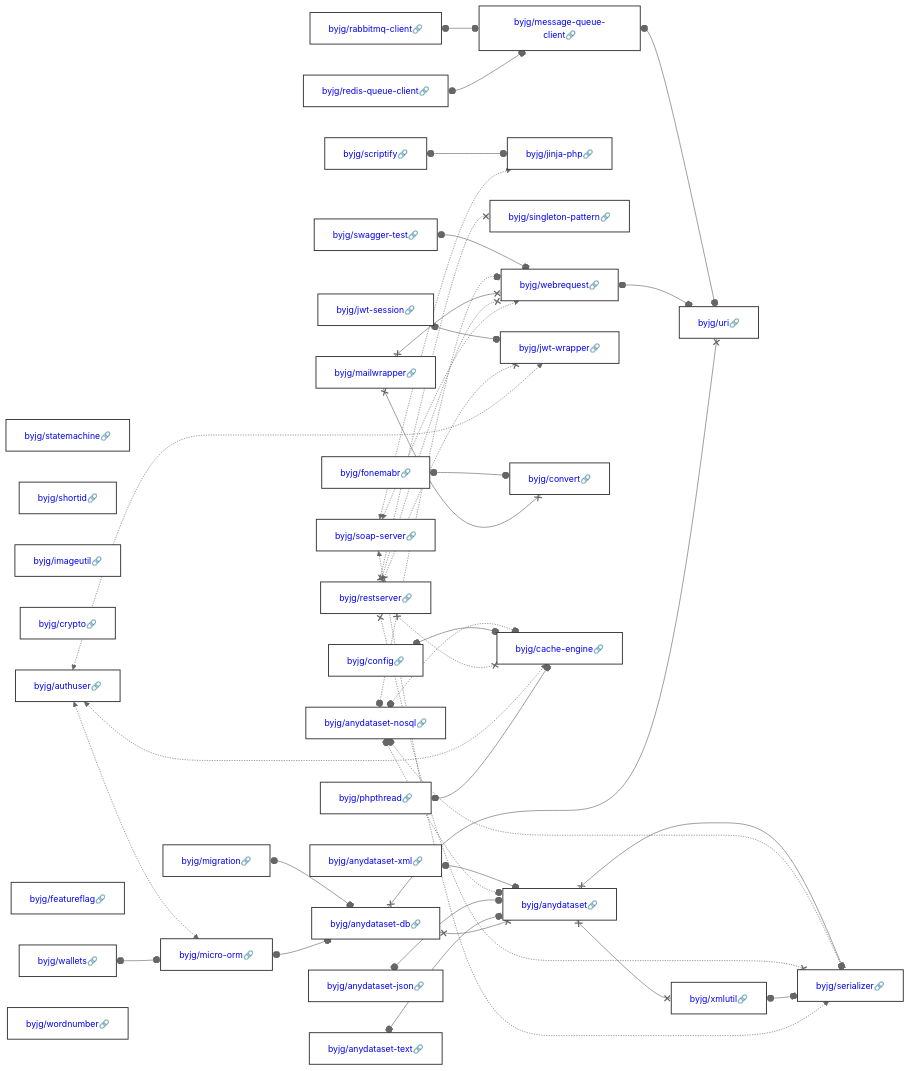
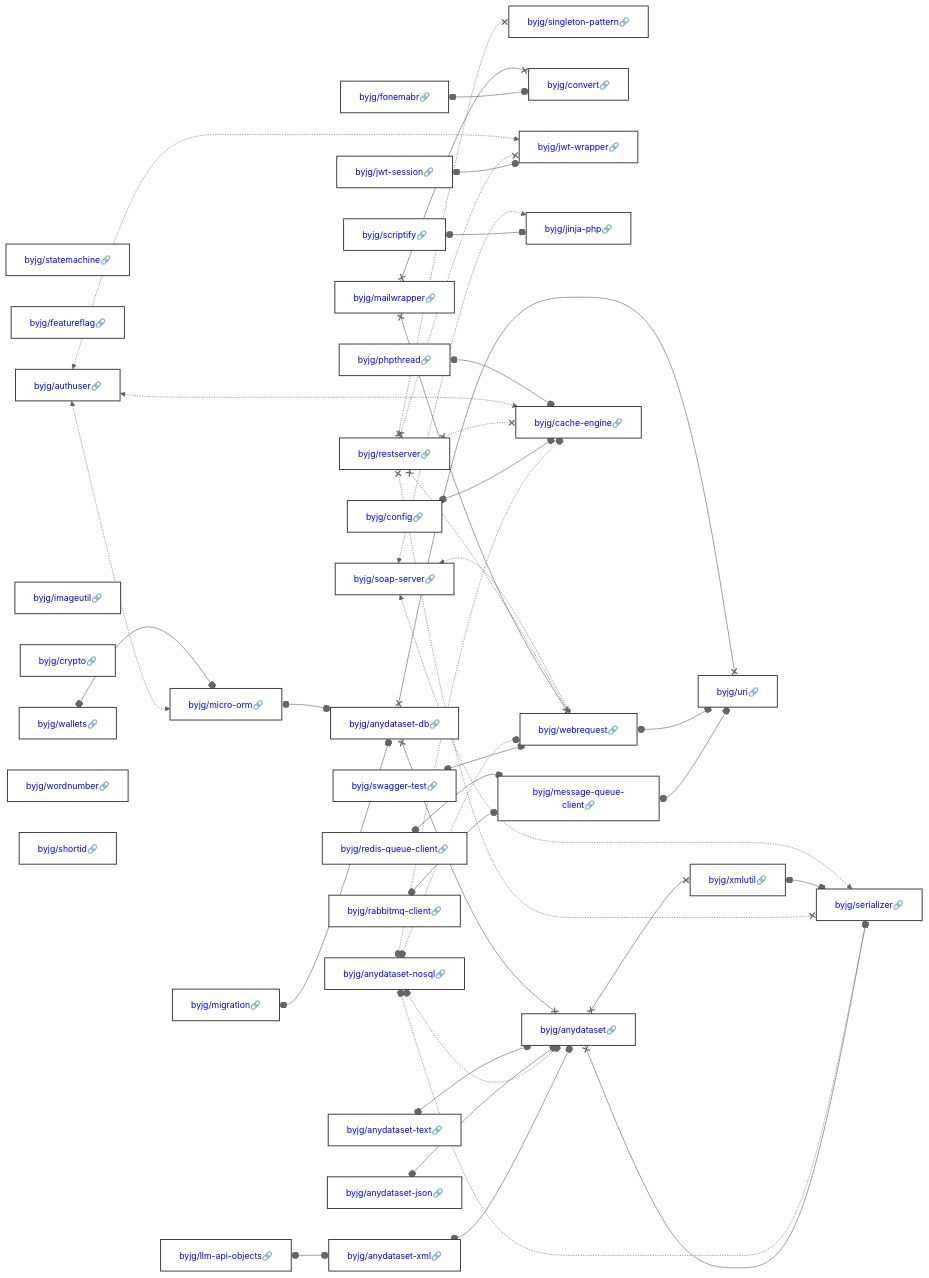
The diagram in docs/php/README.md (byjg/byjg.github.io), drawn with Mermaid (neutral theme) before and after one commit. The commit also changed 7 other files, not shown here.

Commit message:
Update documentation 'php' 'php-llm-api-objects'

````diff
--- a/docs/php/README.md
+++ b/docs/php/README.md
@@ -3,37 +3,38 @@
 ```mermaid
 graph LR;
-  byjg/redis-queue-client[<a href='https://opensource.byjg.com/docs/php/redis-queue-client' style='text-decoration:none'>byjg/redis-queue-client🔗</a>];
   byjg/statemachine[<a href='https://opensource.byjg.com/docs/php/statemachine' style='text-decoration:none'>byjg/statemachine🔗</a>];
+  byjg/migration[<a href='https://opensource.byjg.com/docs/php/migration' style='text-decoration:none'>byjg/migration🔗</a>];
+  byjg/featureflag[<a href='https://opensource.byjg.com/docs/php/featureflag' style='text-decoration:none'>byjg/featureflag🔗</a>];
+  byjg/phpthread[<a href='https://opensource.byjg.com/docs/php/phpthread' style='text-decoration:none'>byjg/phpthread🔗</a>];
+  byjg/scriptify[<a href='https://opensource.byjg.com/docs/php/scriptify' style='text-decoration:none'>byjg/scriptify🔗</a>];
+  byjg/anydataset-nosql[<a href='https://opensource.byjg.com/docs/php/anydataset-nosql' style='text-decoration:none'>byjg/anydataset-nosql🔗</a>];
+  byjg/jwt-session[<a href='https://opensource.byjg.com/docs/php/jwt-session' style='text-decoration:none'>byjg/jwt-session🔗</a>];
+  byjg/rabbitmq-client[<a href='https://opensource.byjg.com/docs/php/rabbitmq-client' style='text-decoration:none'>byjg/rabbitmq-client🔗</a>];
+  byjg/fonemabr[<a href='https://opensource.byjg.com/docs/php/fonemabr' style='text-decoration:none'>byjg/fonemabr🔗</a>];
+  byjg/anydataset-text[<a href='https://opensource.byjg.com/docs/php/anydataset-text' style='text-decoration:none'>byjg/anydataset-text🔗</a>];
+  byjg/wallets[<a href='https://opensource.byjg.com/docs/php/wallets' style='text-decoration:none'>byjg/wallets🔗</a>];
+  byjg/restserver[<a href='https://opensource.byjg.com/docs/php/restserver' style='text-decoration:none'>byjg/restserver🔗</a>];
+  byjg/imageutil[<a href='https://opensource.byjg.com/docs/php/imageutil' style='text-decoration:none'>byjg/imageutil🔗</a>];
+  byjg/mailwrapper[<a href='https://opensource.byjg.com/docs/php/mailwrapper' style='text-decoration:none'>byjg/mailwrapper🔗</a>];
+  byjg/crypto[<a href='https://opensource.byjg.com/docs/php/crypto' style='text-decoration:none'>byjg/crypto🔗</a>];
+  byjg/authuser[<a href='https://opensource.byjg.com/docs/php/authuser' style='text-decoration:none'>byjg/authuser🔗</a>];
+  byjg/wordnumber[<a href='https://opensource.byjg.com/docs/php/wordnumber' style='text-decoration:none'>byjg/wordnumber🔗</a>];
   byjg/shortid[<a href='https://opensource.byjg.com/docs/php/shortid' style='text-decoration:none'>byjg/shortid🔗</a>];
+  byjg/llm-api-objects[<a href='https://opensource.byjg.com/docs/php/llm-api-objects' style='text-decoration:none'>byjg/llm-api-objects🔗</a>];
   byjg/anydataset-json[<a href='https://opensource.byjg.com/docs/php/anydataset-json' style='text-decoration:none'>byjg/anydataset-json🔗</a>];
   byjg/soap-server[<a href='https://opensource.byjg.com/docs/php/soap-server' style='text-decoration:none'>byjg/soap-server🔗</a>];
-  byjg/rabbitmq-client[<a href='https://opensource.byjg.com/docs/php/rabbitmq-client' style='text-decoration:none'>byjg/rabbitmq-client🔗</a>];
-  byjg/imageutil[<a href='https://opensource.byjg.com/docs/php/imageutil' style='text-decoration:none'>byjg/imageutil🔗</a>];
-  byjg/crypto[<a href='https://opensource.byjg.com/docs/php/crypto' style='text-decoration:none'>byjg/crypto🔗</a>];
-  byjg/mailwrapper[<a href='https://opensource.byjg.com/docs/php/mailwrapper' style='text-decoration:none'>byjg/mailwrapper🔗</a>];
+  byjg/redis-queue-client[<a href='https://opensource.byjg.com/docs/php/redis-queue-client' style='text-decoration:none'>byjg/redis-queue-client🔗</a>];
+  byjg/config[<a href='https://opensource.byjg.com/docs/php/config' style='text-decoration:none'>byjg/config🔗</a>];
   byjg/swagger-test[<a href='https://opensource.byjg.com/docs/php/swagger-test' style='text-decoration:none'>byjg/swagger-test🔗</a>];
-  byjg/scriptify[<a href='https://opensource.byjg.com/docs/php/scriptify' style='text-decoration:none'>byjg/scriptify🔗</a>];
-  byjg/migration[<a href='https://opensource.byjg.com/docs/php/migration' style='text-decoration:none'>byjg/migration🔗</a>];
-  byjg/authuser[<a href='https://opensource.byjg.com/docs/php/authuser' style='text-decoration:none'>byjg/authuser🔗</a>];
-  byjg/featureflag[<a href='https://opensource.byjg.com/docs/php/featureflag' style='text-decoration:none'>byjg/featureflag🔗</a>];
-  byjg/anydataset-text[<a href='https://opensource.byjg.com/docs/php/anydataset-text' style='text-decoration:none'>byjg/anydataset-text🔗</a>];
-  byjg/phpthread[<a href='https://opensource.byjg.com/docs/php/phpthread' style='text-decoration:none'>byjg/phpthread🔗</a>];
-  byjg/wallets[<a href='https://opensource.byjg.com/docs/php/wallets' style='text-decoration:none'>byjg/wallets🔗</a>];
-  byjg/anydataset-nosql[<a href='https://opensource.byjg.com/docs/php/anydataset-nosql' style='text-decoration:none'>byjg/anydataset-nosql🔗</a>];
-  byjg/jwt-session[<a href='https://opensource.byjg.com/docs/php/jwt-session' style='text-decoration:none'>byjg/jwt-session🔗</a>];
-  byjg/restserver[<a href='https://opensource.byjg.com/docs/php/restserver' style='text-decoration:none'>byjg/restserver🔗</a>];
-  byjg/fonemabr[<a href='https://opensource.byjg.com/docs/php/fonemabr' style='text-decoration:none'>byjg/fonemabr🔗</a>];
-  byjg/config[<a href='https://opensource.byjg.com/docs/php/config' style='text-decoration:none'>byjg/config🔗</a>];
-  byjg/wordnumber[<a href='https://opensource.byjg.com/docs/php/wordnumber' style='text-decoration:none'>byjg/wordnumber🔗</a>];
+  byjg/singleton-pattern[<a href='https://opensource.byjg.com/docs/php/singleton-pattern' style='text-decoration:none'>byjg/singleton-pattern🔗</a>];
+  byjg/convert[<a href='https://opensource.byjg.com/docs/php/convert' style='text-decoration:none'>byjg/convert🔗</a>];
+  byjg/micro-orm[<a href='https://opensource.byjg.com/docs/php/micro-orm' style='text-decoration:none'>byjg/micro-orm🔗</a>];
+  byjg/jwt-wrapper[<a href='https://opensource.byjg.com/docs/php/jwt-wrapper' style='text-decoration:none'>byjg/jwt-wrapper🔗</a>];
   byjg/anydataset-xml[<a href='https://opensource.byjg.com/docs/php/anydataset-xml' style='text-decoration:none'>byjg/anydataset-xml🔗</a>];
+  byjg/jinja-php[<a href='https://opensource.byjg.com/docs/php/jinja-php' style='text-decoration:none'>byjg/jinja-php🔗</a>];
   byjg/message-queue-client[<a href='https://opensource.byjg.com/docs/php/message-queue-client' style='text-decoration:none'>byjg/message-queue-client🔗</a>];
-  byjg/jinja-php[<a href='https://opensource.byjg.com/docs/php/jinja-php' style='text-decoration:none'>byjg/jinja-php🔗</a>];
-  byjg/micro-orm[<a href='https://opensource.byjg.com/docs/php/micro-orm' style='text-decoration:none'>byjg/micro-orm🔗</a>];
-  byjg/singleton-pattern[<a href='https://opensource.byjg.com/docs/php/singleton-pattern' style='text-decoration:none'>byjg/singleton-pattern🔗</a>];
+  byjg/cache-engine[<a href='https://opensource.byjg.com/docs/php/cache-engine' style='text-decoration:none'>byjg/cache-engine🔗</a>];
   byjg/webrequest[<a href='https://opensource.byjg.com/docs/php/webrequest' style='text-decoration:none'>byjg/webrequest🔗</a>];
-  byjg/jwt-wrapper[<a href='https://opensource.byjg.com/docs/php/jwt-wrapper' style='text-decoration:none'>byjg/jwt-wrapper🔗</a>];
-  byjg/convert[<a href='https://opensource.byjg.com/docs/php/convert' style='text-decoration:none'>byjg/convert🔗</a>];
-  byjg/cache-engine[<a href='https://opensource.byjg.com/docs/php/cache-engine' style='text-decoration:none'>byjg/cache-engine🔗</a>];
   byjg/anydataset-db[<a href='https://opensource.byjg.com/docs/php/anydataset-db' style='text-decoration:none'>byjg/anydataset-db🔗</a>];
   byjg/anydataset[<a href='https://opensource.byjg.com/docs/php/anydataset' style='text-decoration:none'>byjg/anydataset🔗</a>];
   byjg/uri[<a href='https://opensource.byjg.com/docs/php/uri' style='text-decoration:none'>byjg/uri🔗</a>];
@@ -77,6 +78,7 @@
   byjg/anydataset x--x byjg/xmlutil;
   byjg/migration o--o byjg/anydataset-db;
   byjg/jwt-session o--o byjg/jwt-wrapper;
+  byjg/llm-api-objects o--o byjg/anydataset-xml;
   classDef default fill:#ffffff,stroke:#333,stroke-width:1.5px,color:#000,font-size:14px;
   classDef highlight fill:#ffef96,stroke:#ff9900,stroke-width:3px;
   classDef deprecated fill:#f8f8f8,stroke:#cccccc,stroke-dasharray: 5 5,stroke-width:1px,color:#999;
````
